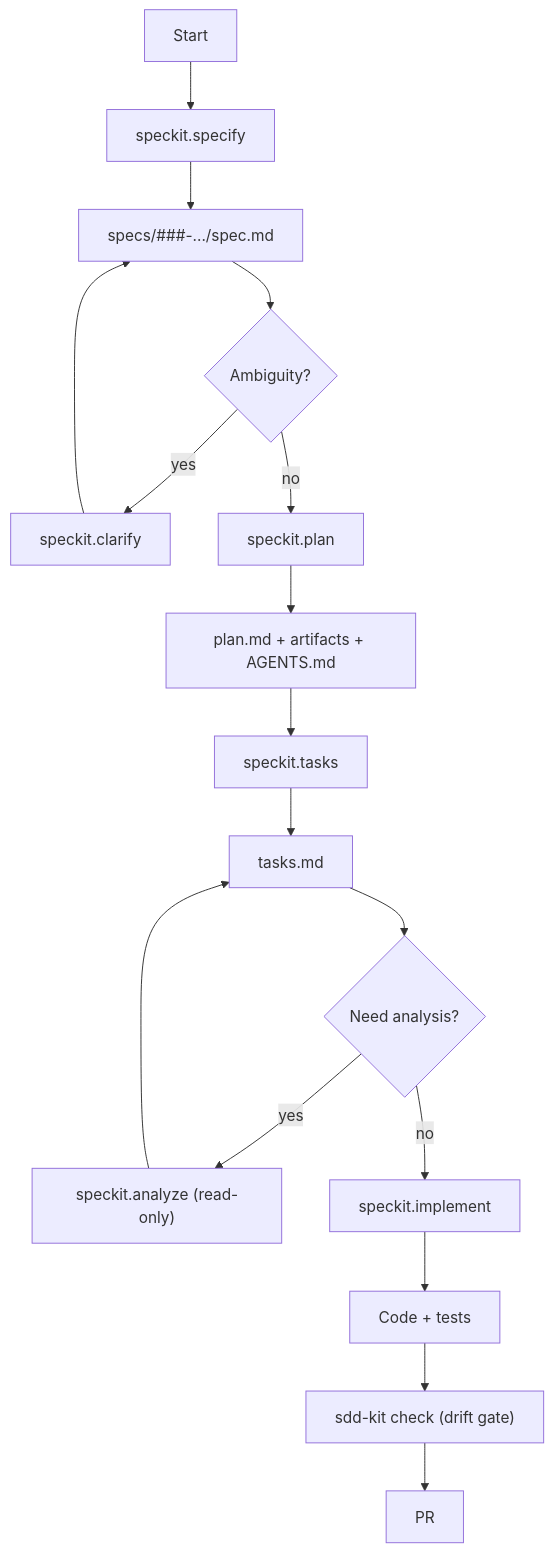
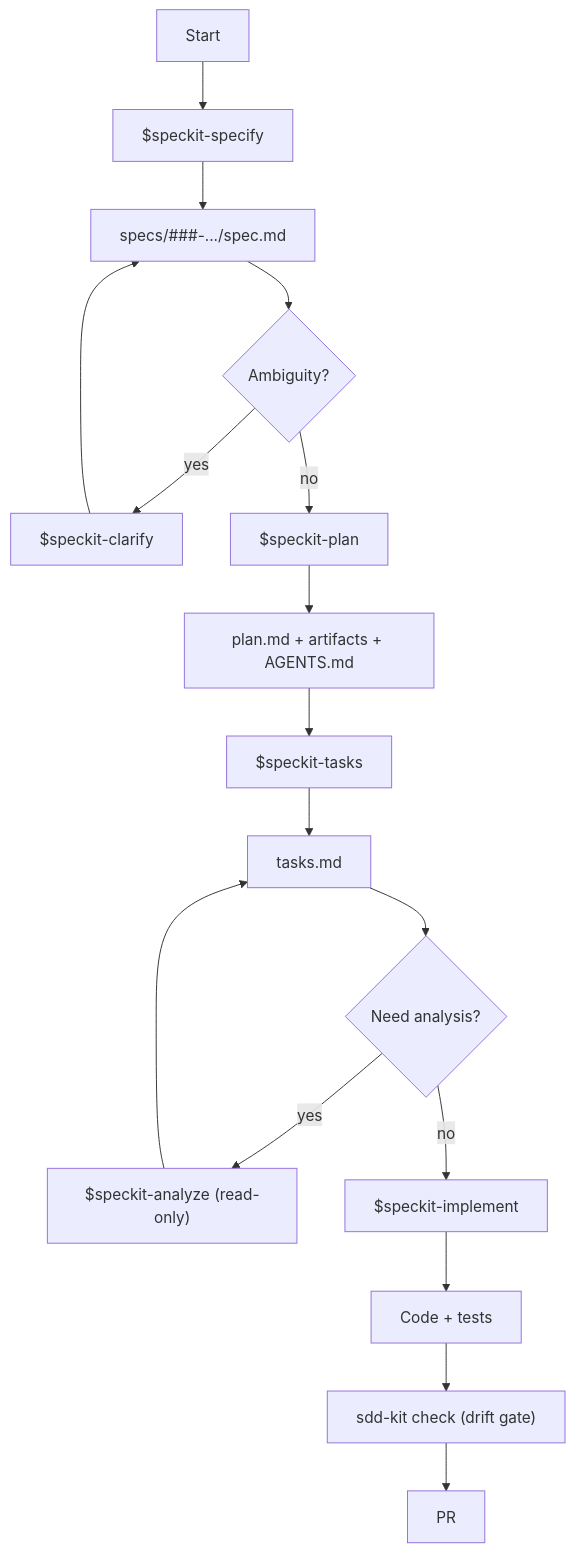
One commit to yshishenya/sdd-workflow-kit changed the second of 2 diagrams in README.md. Above: the diagram before and after it, drawn with Mermaid. The commit also changed other lines of this file and 5 other files, not shown here.

````diff
--- a/README.md
+++ b/README.md
@@ -151,21 +151,21 @@
 ```mermaid
 flowchart TD
-  START["Start"] --> SPECIFY["speckit.specify"]
+  START["Start"] --> SPECIFY["$speckit-specify"]
   SPECIFY --> SPEC["specs/###-.../spec.md"]
 
   SPEC --> AMBIG{"Ambiguity?"}
-  AMBIG -->|yes| CLARIFY["speckit.clarify"] --> SPEC
+  AMBIG -->|yes| CLARIFY["$speckit-clarify"] --> SPEC
 
-  AMBIG -->|no| PLAN["speckit.plan"]
+  AMBIG -->|no| PLAN["$speckit-plan"]
   PLAN --> PLAN_OUT["plan.md + artifacts + AGENTS.md"]
-  PLAN_OUT --> TASKS["speckit.tasks"]
+  PLAN_OUT --> TASKS["$speckit-tasks"]
   TASKS --> TASKS_MD["tasks.md"]
 
   TASKS_MD --> ANALYZE_OK{"Need analysis?"}
-  ANALYZE_OK -->|yes| ANALYZE["speckit.analyze (read-only)"] --> TASKS_MD
-  ANALYZE_OK -->|no| IMPLEMENT["speckit.implement"]
+  ANALYZE_OK -->|yes| ANALYZE["$speckit-analyze (read-only)"] --> TASKS_MD
+  ANALYZE_OK -->|no| IMPLEMENT["$speckit-implement"]
   IMPLEMENT --> CODE["Code + tests"]
 
   CODE --> DRIFT["sdd-kit check (drift gate)"]
   DRIFT --> PR["PR"]
 ```
````
